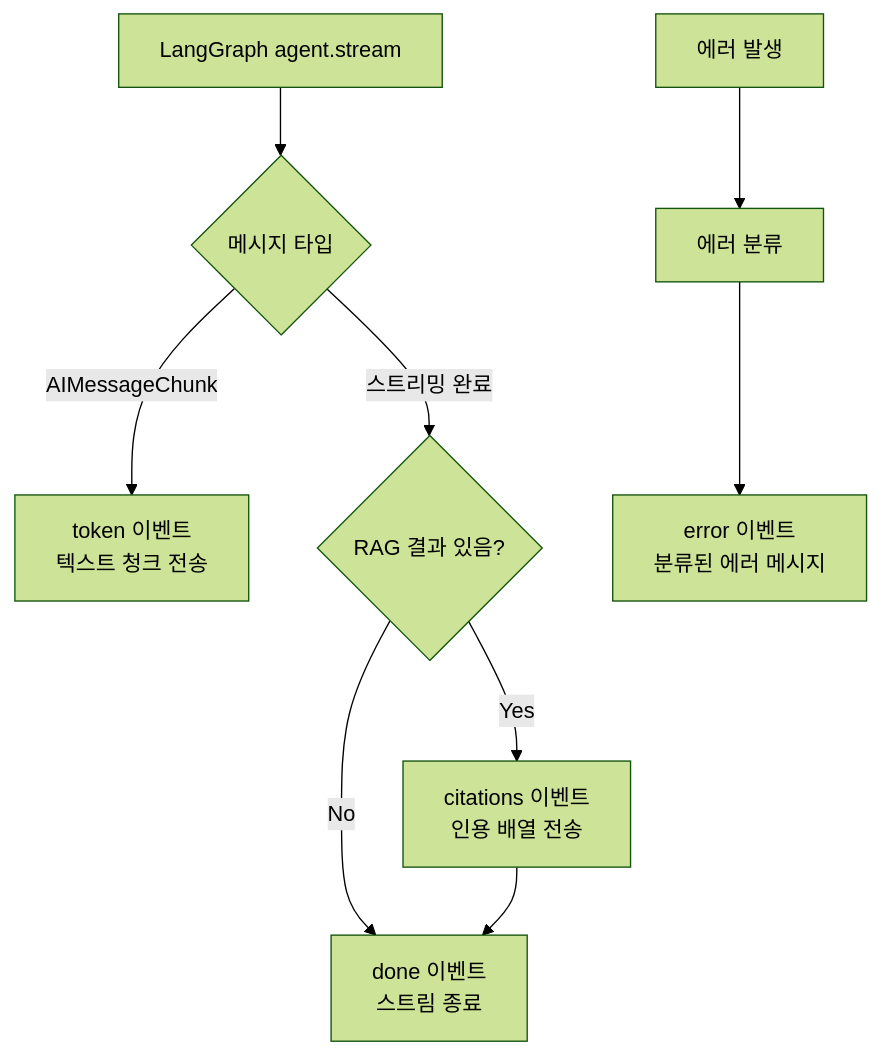
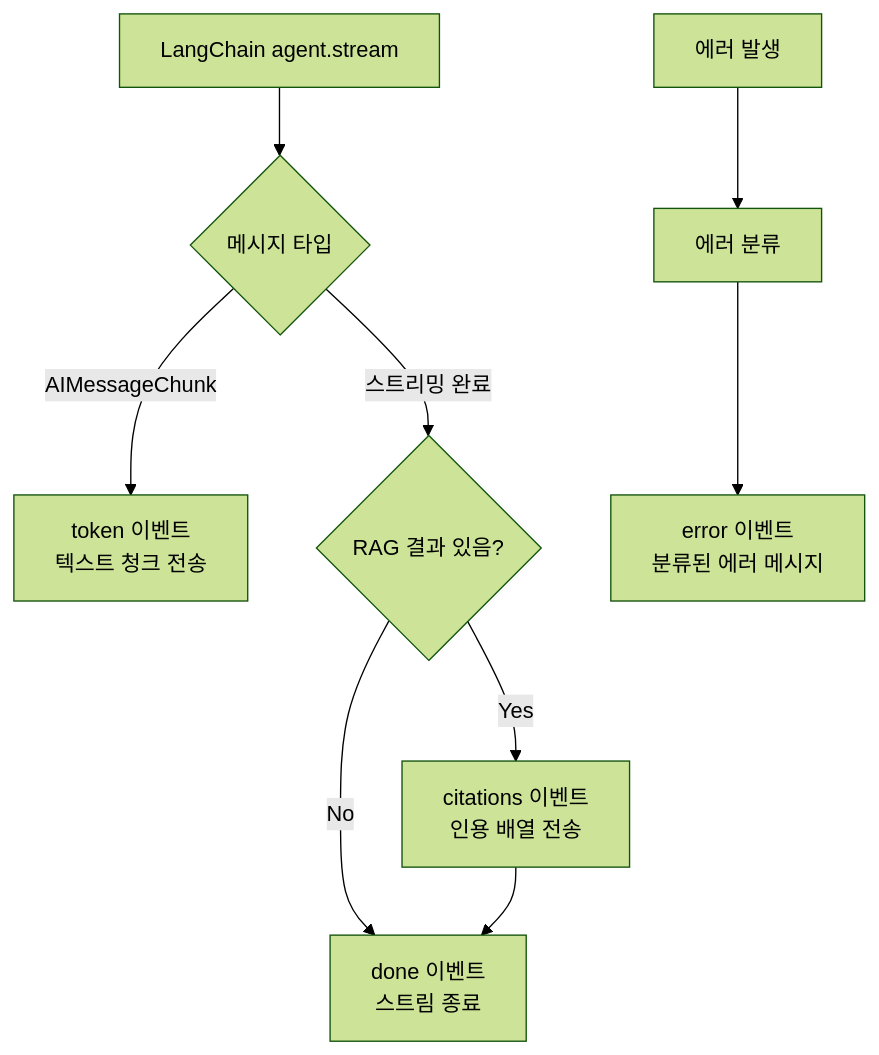
One commit to genie49/genie-cv changed the second of 5 diagrams in data/content/notes/sse-streaming.md. Above: the diagram before and after it, drawn with Mermaid (forest theme). The commit also changed other lines of this file and 16 other files, not shown here.

First line of the commit message:
refactor: LangGraph → LangChain 일괄 변경 + fingoo 프로젝트 설명 보강 + 기여 카드 가로 스크롤

````diff
--- a/data/content/notes/sse-streaming.md
+++ b/data/content/notes/sse-streaming.md
@@ -75,12 +75,12 @@
 ```mermaid
 flowchart TB
-    Stream[LangGraph agent.stream] --> Check{메시지 타입}
+    Stream[LangChain agent.stream] --> Check{메시지 타입}
     Check -->|AIMessageChunk| Token["token 이벤트<br/>텍스트 청크 전송"]
     Check -->|스트리밍 완료| CitCheck{RAG 결과 있음?}
     CitCheck -->|Yes| Citations["citations 이벤트<br/>인용 배열 전송"]
     CitCheck -->|No| Done["done 이벤트<br/>스트림 종료"]
     Citations --> Done
 
     Error[에러 발생] --> Classify[에러 분류]
     Classify --> ErrorEvent["error 이벤트<br/>분류된 에러 메시지"]
 ```
````
